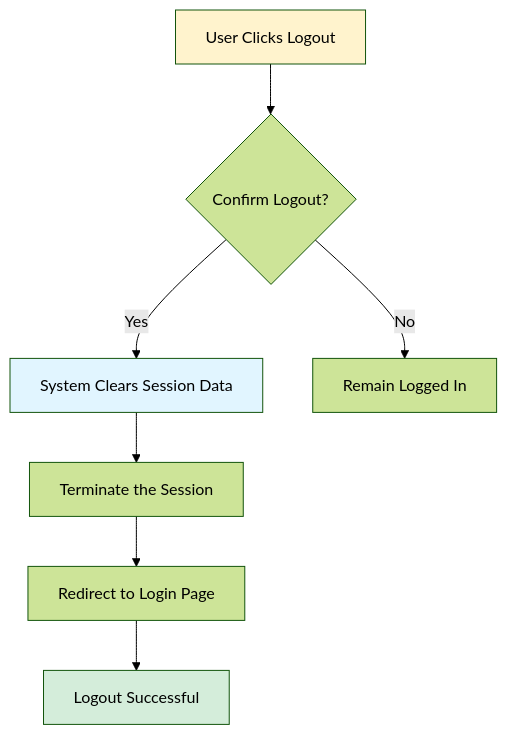
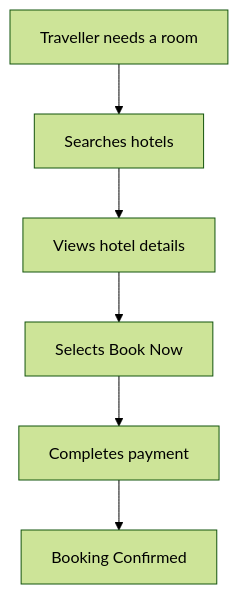
The first of 2 diagrams in docs/business-cases.md (Khush-GKMIT/Hotel-Management-System-Docs), drawn with Mermaid (forest theme) before and after one commit. The commit also changed other lines of this file and 8 other files, not shown here.

````diff
--- a/docs/business-cases.md
+++ b/docs/business-cases.md
@@ -62,13 +15,8 @@
 ```mermaid
 flowchart TD
-    Start[User Clicks Logout] --> Confirm{Confirm Logout?}
-    Confirm -->|Yes| Clear[System Clears Session Data]
-    Confirm -->|No| Stay[Remain Logged In]
-    Clear --> Invalidate[Terminate the Session]
-    Invalidate --> Redirect[Redirect to Login Page]
-    Redirect --> Success[Logout Successful]
-    
-    style Start fill:#fff3cd
-    style Clear fill:#e1f5ff
-    style Success fill:#d4edda
+    A[Traveller needs a room] --> B[Searches hotels]
+    B --> C[Views hotel details]
+    C --> D[Selects Book Now]
+    D --> E[Completes payment]
+    E --> F[Booking Confirmed]
 ```
````
